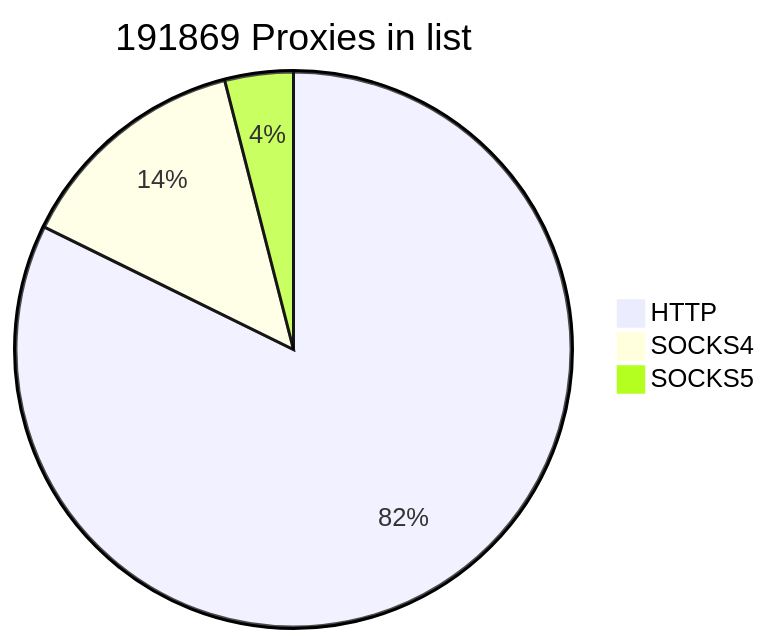
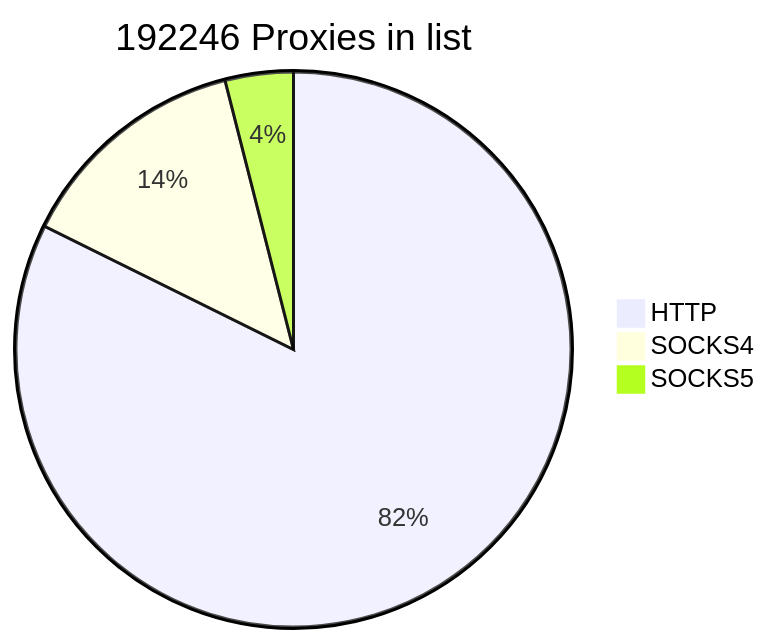
The first of 2 diagrams in README.md (cutipu/proxylist), drawn with Mermaid before and after one commit. The commit also changed other lines of this file, not shown here.

````diff
--- a/README.md
+++ b/README.md
@@ -2,7 +2,7 @@
 ```mermaid
-pie title 191869 Proxies in list
-    "HTTP" : 157849
+pie title 192246 Proxies in list
+    "HTTP" : 158248
     "SOCKS4" : 26375
-    "SOCKS5" : 7645
+    "SOCKS5" : 7623
             
 ```
````
